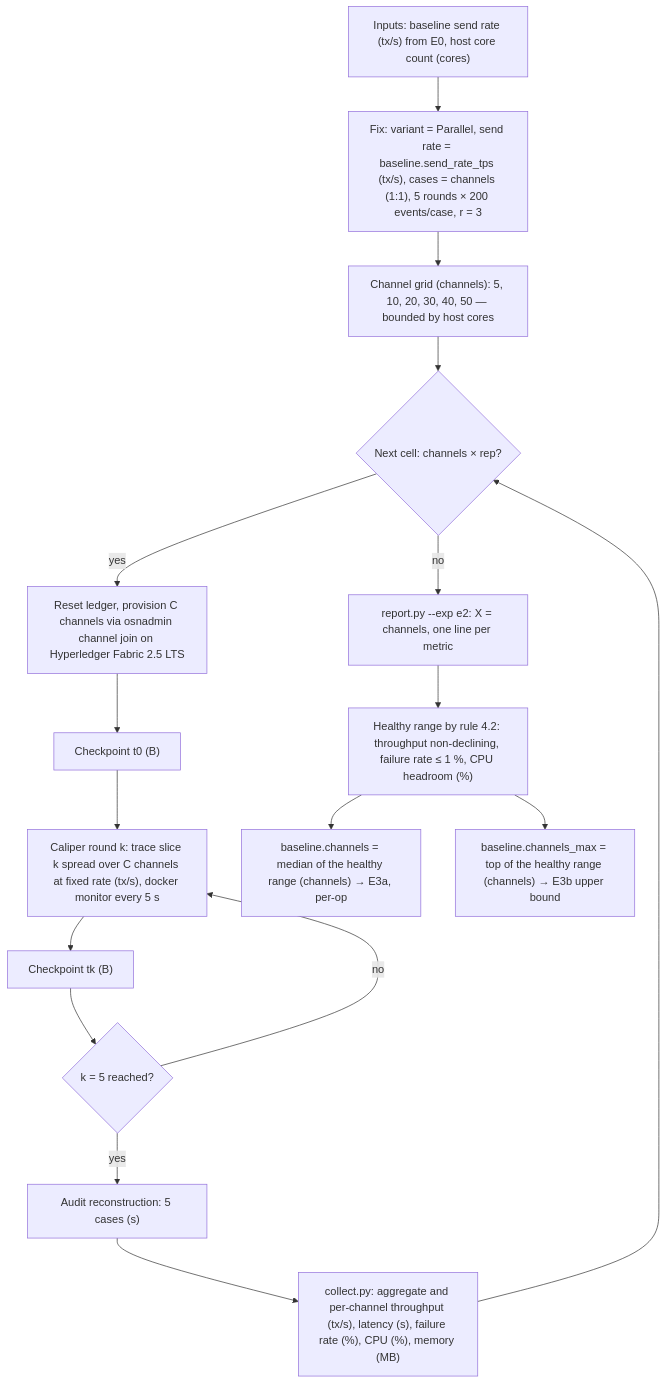
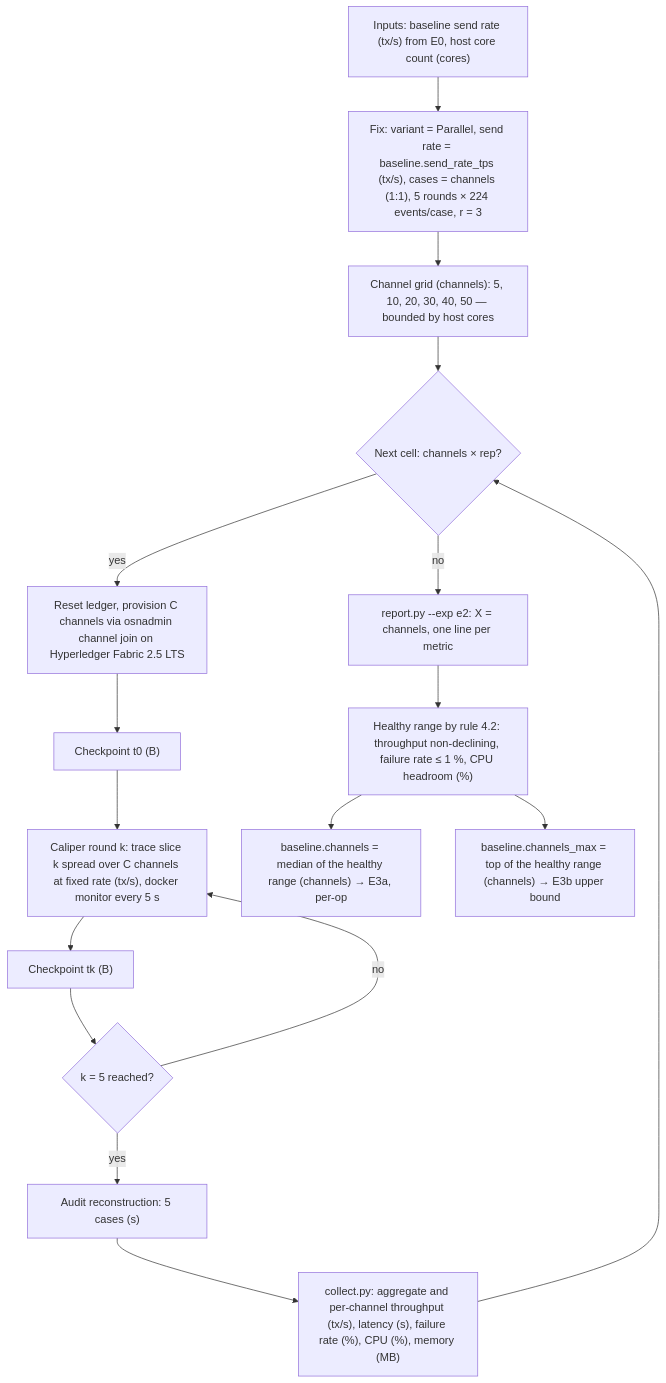
Before and after one commit to theflorist18/GLEIPNIR: the second of 3 diagrams in docs/methodology/experiments.md, drawn with Mermaid. The commit also changed other lines of this file and 23 other files, not shown here.

````diff
--- a/docs/methodology/experiments.md
+++ b/docs/methodology/experiments.md
@@ -269,19 +270,19 @@
 ```mermaid
 flowchart TD
-    A["Inputs: baseline send rate (tx/s) from E0, host core count (cores)"] --> B["Fix: variant = Parallel, send rate = baseline.send_rate_tps (tx/s), cases = channels (1:1), 5 rounds × 200 events/case, r = 3"]
+    A["Inputs: baseline send rate (tx/s) from E0, host core count (cores)"] --> B["Fix: variant = Parallel, send rate = baseline.send_rate_tps (tx/s), cases = channels (1:1), 5 rounds × 224 events/case, r = 3"]
     B --> C["Channel grid (channels): 5, 10, 20, 30, 40, 50 — bounded by host cores"]
     C --> D{"Next cell: channels × rep?"}
     D -->|"yes"| E["Reset ledger, provision C channels via osnadmin channel join on Hyperledger Fabric 2.5 LTS"]
     E --> F["Checkpoint t0 (B)"]
     F --> G["Caliper round k: trace slice k spread over C channels at fixed rate (tx/s), docker monitor every 5 s"]
     G --> H["Checkpoint tk (B)"]
     H --> I{"k = 5 reached?"}
     I -->|"no"| G
     I -->|"yes"| J["Audit reconstruction: 5 cases (s)"]
     J --> K["collect.py: aggregate and per-channel throughput (tx/s), latency (s), failure rate (%), CPU (%), memory (MB)"]
     K --> D
     D -->|"no"| L["report.py --exp e2: X = channels, one line per metric"]
     L --> M["Healthy range by rule 4.2: throughput non-declining, failure rate ≤ 1 %, CPU headroom (%)"]
     M --> N["baseline.channels = median of the healthy range (channels) → E3a, per-op"]
     M --> O["baseline.channels_max = top of the healthy range (channels) → E3b upper bound"]
 ```
````
